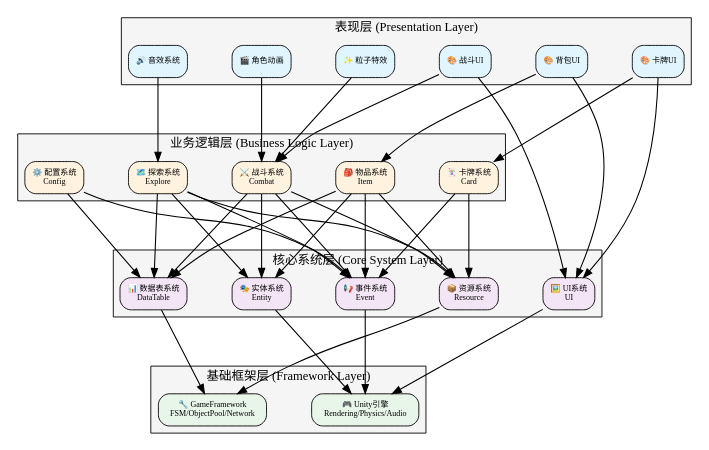
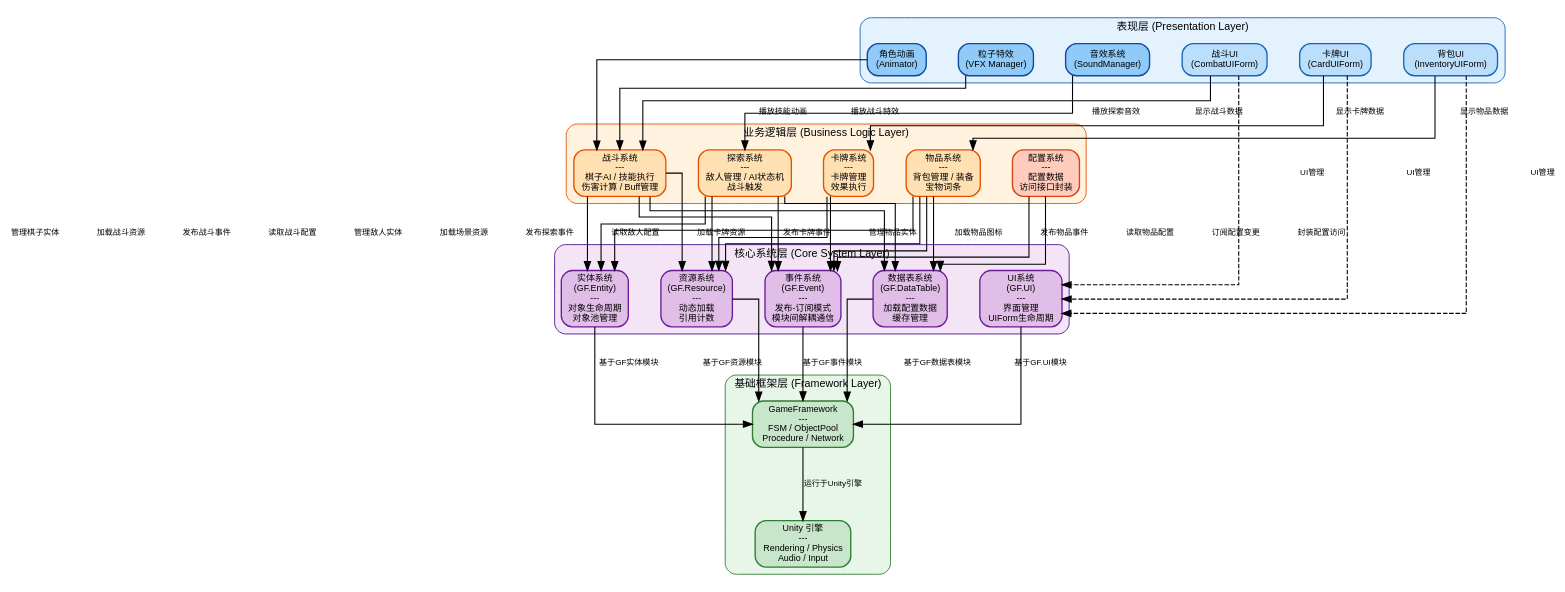
Before and after one commit to TXYzznc/GP: the diagram in 项目知识库（AI）/图表资源/04-1_系统分层架构图.md, drawn with Graphviz. The commit also changed other lines of this file and 9 other files, not shown here.

Commit message:
docs: 标准化知识库 DOT 图表（统一样式、修复渲染、新增战斗触发架构图）

````diff
--- a/项目知识库（AI）/图表资源/04-1_系统分层架构图.md
+++ b/项目知识库（AI）/图表资源/04-1_系统分层架构图.md
@@ -7,108 +3,117 @@
 ```dot
 digraph LayeredArchitecture {
-    rankdir=TB;              // 上到下（清晰的分层）
-    splines=orthogonal;      // 强制正交线条（90度转向）
-    nodesep=0.7;             // 节点水平间距
-    ranksep=1.3;             // 层级垂直间距（分层清晰）
-    layout=dot;
+    rankdir=TB;
+    nodesep=0.5;
+    ranksep=1.0;
+    splines=ortho;
+    fontname="SimHei,sans-serif";
     
-    // 全局节点样式
-    node [shape=box, style="rounded,filled", fontname="微软雅黑", fontsize=9];
-    edge [arrowsize=1.0, penwidth=1.2];
+    node [shape=box, style="filled,rounded", fontname="SimHei,sans-serif", fontsize=10, penwidth=1.5];
+    edge [fontname="SimHei,sans-serif", fontsize=9, penwidth=1.2];
     
-    // ===== 第一层：表现层 =====
-    subgraph cluster_UI {
+    // ========== 第1层：表现层（蓝色系） ==========
+    subgraph cluster_presentation {
         label="表现层 (Presentation Layer)";
-        style=filled;
-        fillcolor="#f5f5f5";
+        style="filled,rounded";
+        fillcolor="#e3f2fd";
+        color="#1565c0";
+        fontname="SimHei,sans-serif";
+        fontsize=12;
         
-        A1 [label="🎨 战斗UI", fillcolor="#e1f5ff"];
-        A2 [label="🎨 背包UI", fillcolor="#e1f5ff"];
-        A3 [label="🎨 卡牌UI", fillcolor="#e1f5ff"];
-        A4 [label="✨ 粒子特效", fillcolor="#e1f5ff"];
-        A5 [label="🎬 角色动画", fillcolor="#e1f5ff"];
-        A6 [label="🔊 音效系统", fillcolor="#e1f5ff"];
+        CombatUI [label="战斗UI\n(CombatUIForm)", fillcolor="#bbdefb", color="#1565c0"];
+        InventoryUI [label="背包UI\n(InventoryUIForm)", fillcolor="#bbdefb", color="#1565c0"];
+        CardUI [label="卡牌UI\n(CardUIForm)", fillcolor="#bbdefb", color="#1565c0"];
+        VFX [label="粒子特效\n(VFX Manager)", fillcolor="#90caf9", color="#0d47a1"];
+        Anim [label="角色动画\n(Animator)", fillcolor="#90caf9", color="#0d47a1"];
+        Audio [label="音效系统\n(SoundManager)", fillcolor="#90caf9", color="#0d47a1"];
     }
     
-    // ===== 第二层：业务逻辑层 =====
-    subgraph cluster_Business {
+    // ========== 第2层：业务逻辑层（橙色系） ==========
+    subgraph cluster_business {
         label="业务逻辑层 (Business Logic Layer)";
-        style=filled;
-        fillcolor="#f5f5f5";
+        style="filled,rounded";
+        fillcolor="#fff3e0";
+        color="#e65100";
+        fontname="SimHei,sans-serif";
+        fontsize=12;
         
-        B1 [label="⚔️ 战斗系统\nCombat", fillcolor="#fff3e0"];
-        B2 [label="🎒 物品系统\nItem", fillcolor="#fff3e0"];
-        B3 [label="🃏 卡牌系统\nCard", fillcolor="#fff3e0"];
-        B4 [label="🗺️ 探索系统\nExplore", fillcolor="#fff3e0"];
-        B5 [label="⚙️ 配置系统\nConfig", fillcolor="#fff3e0"];
+        CombatSys [label="战斗系统\n---\n棋子AI / 技能执行\n伤害计算 / Buff管理", fillcolor="#ffe0b2", color="#e65100"];
+        ItemSys [label="物品系统\n---\n背包管理 / 装备\n宝物词条", fillcolor="#ffe0b2", color="#e65100"];
+        CardSys [label="卡牌系统\n---\n卡牌管理\n效果执行", fillcolor="#ffe0b2", color="#e65100"];
+        ExploreSys [label="探索系统\n---\n敌人管理 / AI状态机\n战斗触发", fillcolor="#ffe0b2", color="#e65100"];
+        ConfigSys [label="配置系统\n---\n配置数据\n访问接口封装", fillcolor="#ffccbc", color="#d84315"];
     }
     
-    // ===== 第三层：核心系统层 =====
-    subgraph cluster_Core {
+    // ========== 第3层：核心系统层（紫色系） ==========
+    subgraph cluster_core {
         label="核心系统层 (Core System Layer)";
-        style=filled;
-        fillcolor="#f5f5f5";
+        style="filled,rounded";
+        fillcolor="#f3e5f5";
+        color="#4a148c";
+        fontname="SimHei,sans-serif";
+        fontsize=12;
         
-        C1 [label="📢 事件系统\nEvent", fillcolor="#f3e5f5"];
-        C2 [label="🎭 实体系统\nEntity", fillcolor="#f3e5f5"];
-        C3 [label="🖼️ UI系统\nUI", fillcolor="#f3e5f5"];
-        C4 [label="📊 数据表系统\nDataTable", fillcolor="#f3e5f5"];
-        C5 [label="📦 资源系统\nResource", fillcolor="#f3e5f5"];
+        EventSys [label="事件系统\n(GF.Event)\n---\n发布-订阅模式\n模块间解耦通信", fillcolor="#e1bee7", color="#6a1b9a"];
+        EntitySys [label="实体系统\n(GF.Entity)\n---\n对象生命周期\n对象池管理", fillcolor="#e1bee7", color="#6a1b9a"];
+        UISys [label="UI系统\n(GF.UI)\n---\n界面管理\nUIForm生命周期", fillcolor="#e1bee7", color="#6a1b9a"];
+        DataTableSys [label="数据表系统\n(GF.DataTable)\n---\n加载配置数据\n缓存管理", fillcolor="#e1bee7", color="#6a1b9a"];
+        ResourceSys [label="资源系统\n(GF.Resource)\n---\n动态加载\n引用计数", fillcolor="#e1bee7", color="#6a1b9a"];
     }
     
-    // ===== 第四层：基础框架层 =====
-    subgraph cluster_Framework {
+    // ========== 第4层：基础框架层（绿色系） ==========
+    subgraph cluster_framework {
         label="基础框架层 (Framework Layer)";
-        style=filled;
-        fillcolor="#f5f5f5";
+        style="filled,rounded";
+        fillcolor="#e8f5e9";
+        color="#2e7d32";
+        fontname="SimHei,sans-serif";
+        fontsize=12;
         
-        D1 [label="🎮 Unity引擎\nRendering/Physics/Audio", fillcolor="#e8f5e9"];
-        D2 [label="🔧 GameFramework\nFSM/ObjectPool/Network", fillcolor="#e8f5e9"];
+        Unity [label="Unity 引擎\n---\nRendering / Physics\nAudio / Input", fillcolor="#c8e6c9", color="#2e7d32"];
+        GF [label="GameFramework\n---\nFSM / ObjectPool\nProcedure / Network", fillcolor="#c8e6c9", color="#2e7d32"];
     }
     
-    // ===== 表现层 → 业务逻辑层 =====
-    A1 -> B1;
-    A2 -> B2;
-    A3 -> B3;
-    A4 -> B1;
-    A5 -> B1;
-    A6 -> B4;
+    // ========== 表现层 → 业务逻辑层 ==========
+    CombatUI -> CombatSys [label="显示战斗数据"];
+    InventoryUI -> ItemSys [label="显示物品数据"];
+    CardUI -> CardSys [label="显示卡牌数据"];
+    VFX -> CombatSys [label="播放战斗特效"];
+    Anim -> CombatSys [label="播放技能动画"];
+    Audio -> ExploreSys [label="播放探索音效"];
     
-    // ===== 业务逻辑层 → 核心系统层 =====
-    // 事件系统
-    B1 -> C1;
-    B2 -> C1;
-    B3 -> C1;
-    B4 -> C1;
-    B5 -> C1;
+    // ========== 表现层 → 核心UI系统 ==========
+    CombatUI -> UISys [label="UI管理", style=dashed];
+    InventoryUI -> UISys [label="UI管理", style=dashed];
+    CardUI -> UISys [label="UI管理", style=dashed];
     
-    // 实体系统
-    B1 -> C2;
-    B2 -> C2;
-    B4 -> C2;
+    // ========== 业务逻辑层 → 核心系统层 ==========
+    CombatSys -> EventSys [label="发布战斗事件"];
+    ItemSys -> EventSys [label="发布物品事件"];
+    CardSys -> EventSys [label="发布卡牌事件"];
+    ExploreSys -> EventSys [label="发布探索事件"];
+    ConfigSys -> EventSys [label="订阅配置变更"];
     
-    // UI系统
-    A1 -> C3;
-    A2 -> C3;
-    A3 -> C3;
+    CombatSys -> EntitySys [label="管理棋子实体"];
+    ItemSys -> EntitySys [label="管理物品实体"];
+    ExploreSys -> EntitySys [label="管理敌人实体"];
     
-    // 数据表系统
-    B1 -> C4;
-    B2 -> C4;
-    B4 -> C4;
-    B5 -> C4;
+    CombatSys -> DataTableSys [label="读取战斗配置"];
+    ItemSys -> DataTableSys [label="读取物品配置"];
+    ExploreSys -> DataTableSys [label="读取敌人配置"];
+    ConfigSys -> DataTableSys [label="封装配置访问"];
     
-    // 资源系统
-    B1 -> C5;
-    B2 -> C5;
-    B3 -> C5;
-    B4 -> C5;
+    CombatSys -> ResourceSys [label="加载战斗资源"];
+    ItemSys -> ResourceSys [label="加载物品图标"];
+    CardSys -> ResourceSys [label="加载卡牌资源"];
+    ExploreSys -> ResourceSys [label="加载场景资源"];
     
-    // ===== 核心系统层 → 基础框架层 =====
-    C1 -> D1;
-    C2 -> D1;
-    C3 -> D1;
-    C4 -> D2;
-    C5 -> D2;
+    // ========== 核心系统层 → 基础框架层 ==========
+    EventSys -> GF [label="基于GF事件模块"];
+    EntitySys -> GF [label="基于GF实体模块"];
+    UISys -> GF [label="基于GF.UI模块"];
+    DataTableSys -> GF [label="基于GF数据表模块"];
+    ResourceSys -> GF [label="基于GF资源模块"];
+    
+    GF -> Unity [label="运行于Unity引擎"];
 }
 ```
````
